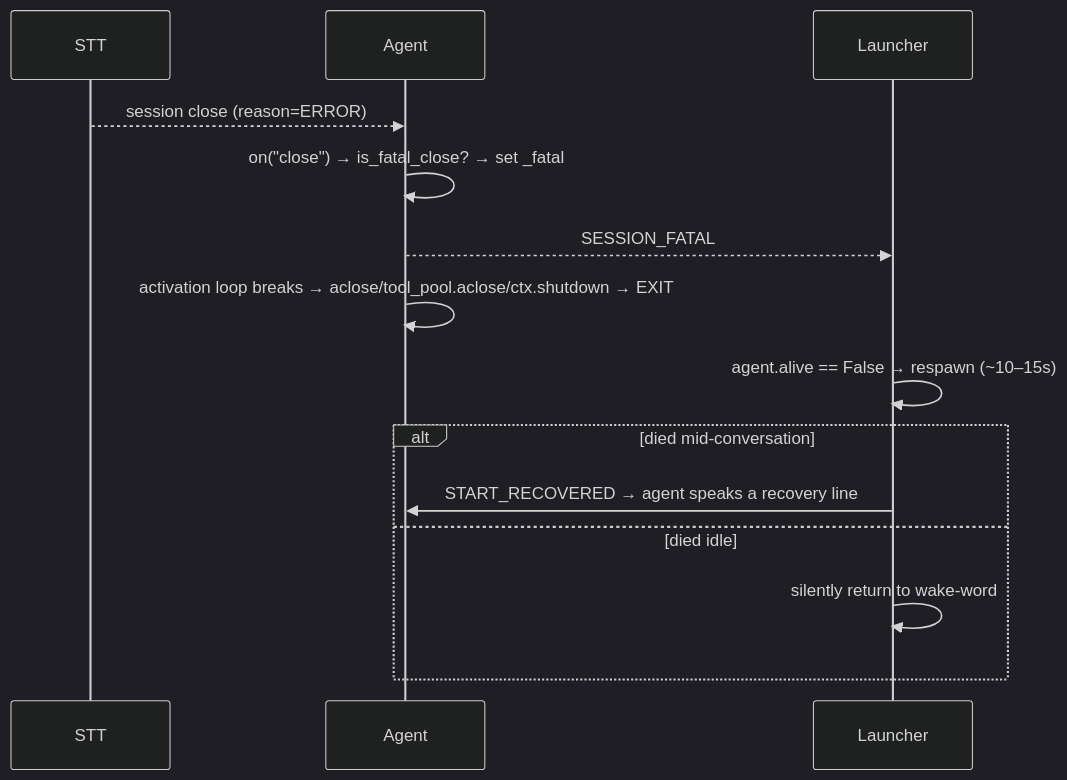
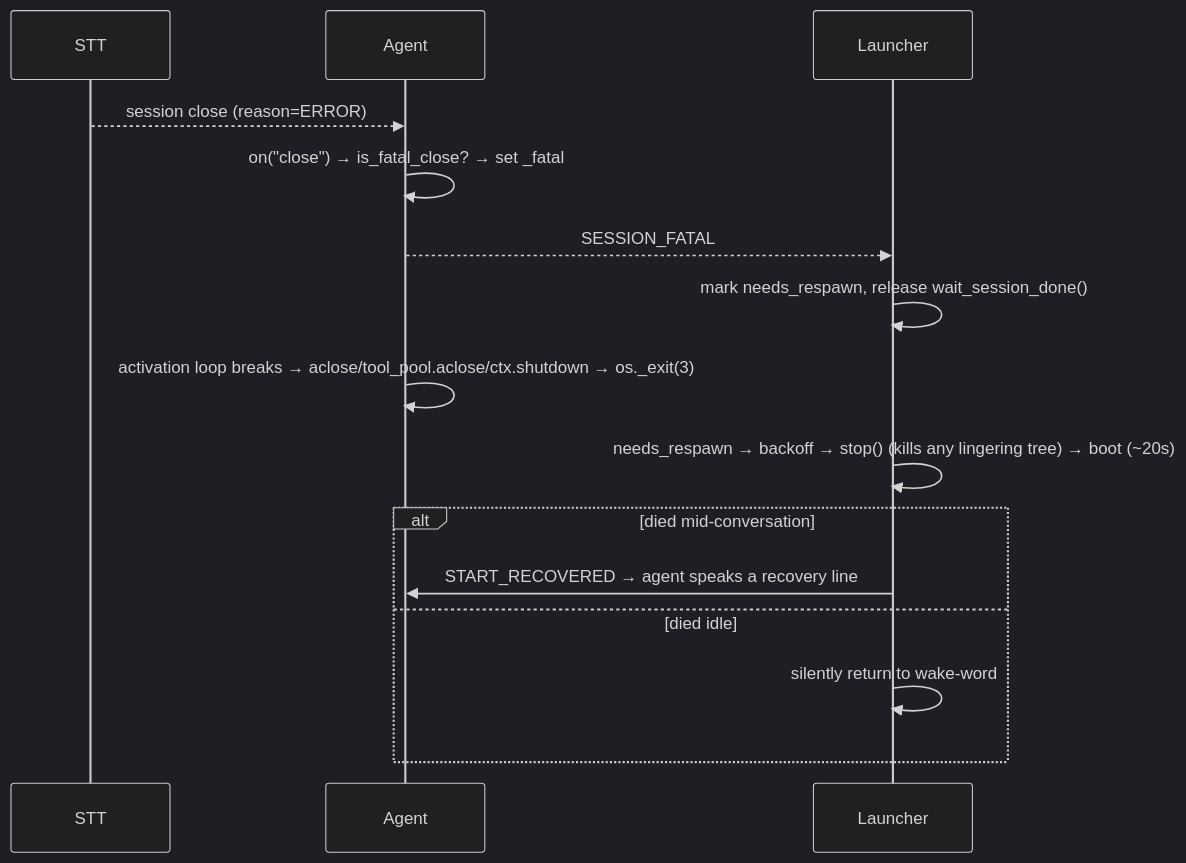
One commit to shivanshpayak/friday-tony-stark-demo changed the sixth of 8 diagrams in ARCHITECTURE.md. Above: the diagram before and after it, drawn with Mermaid (dark theme). The commit also changed other lines of this file and 49 other files, not shown here.

````diff
--- a/ARCHITECTURE.md
+++ b/ARCHITECTURE.md
@@ -149,16 +215,17 @@
 ```mermaid
 sequenceDiagram
     participant STT
     participant A as Agent
     participant L as Launcher
     STT-->>A: session close (reason=ERROR)
     A->>A: on("close") → is_fatal_close? → set _fatal
     A-->>L: SESSION_FATAL
-    A->>A: activation loop breaks → aclose/tool_pool.aclose/ctx.shutdown → EXIT
-    L->>L: agent.alive == False → respawn (~10–15s)
+    L->>L: mark needs_respawn, release wait_session_done()
+    A->>A: activation loop breaks → aclose/tool_pool.aclose/ctx.shutdown → os._exit(3)
+    L->>L: needs_respawn → backoff → stop() (kills any lingering tree) → boot (~20s)
     alt died mid-conversation
         L->>A: START_RECOVERED → agent speaks a recovery line
     else died idle
         L->>L: silently return to wake-word
     end
 ```
````
